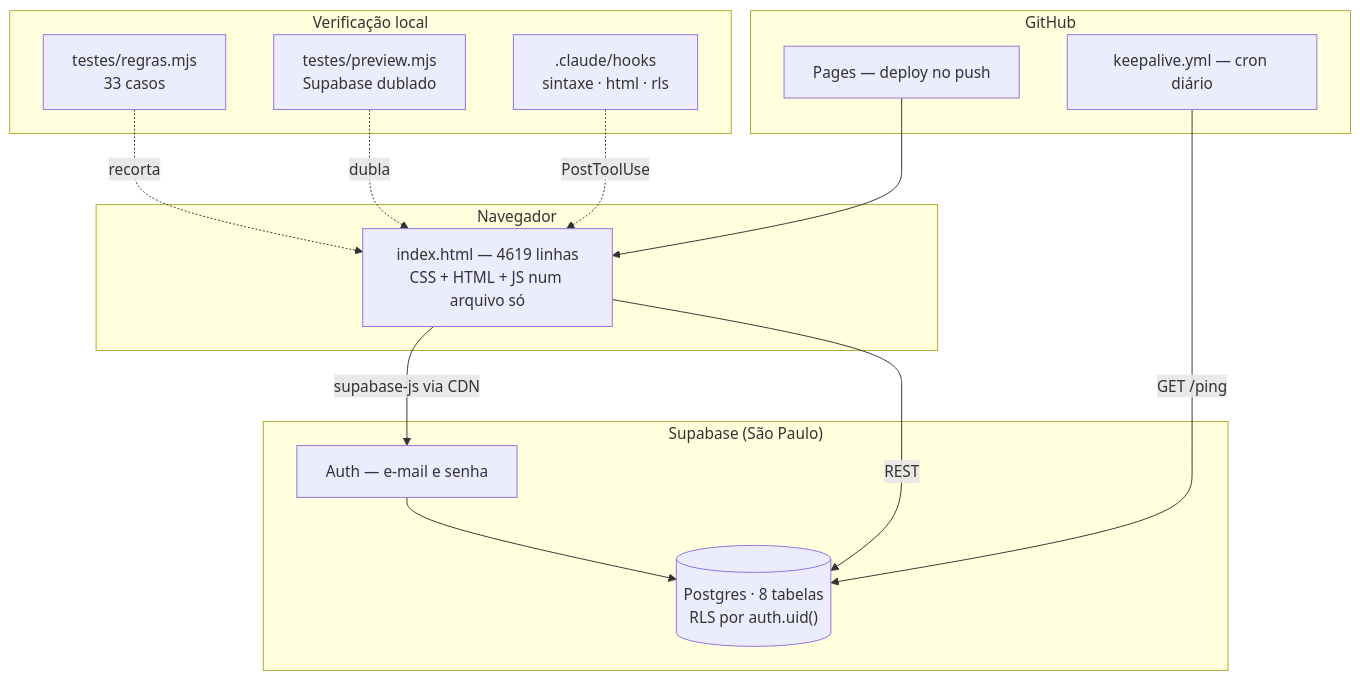
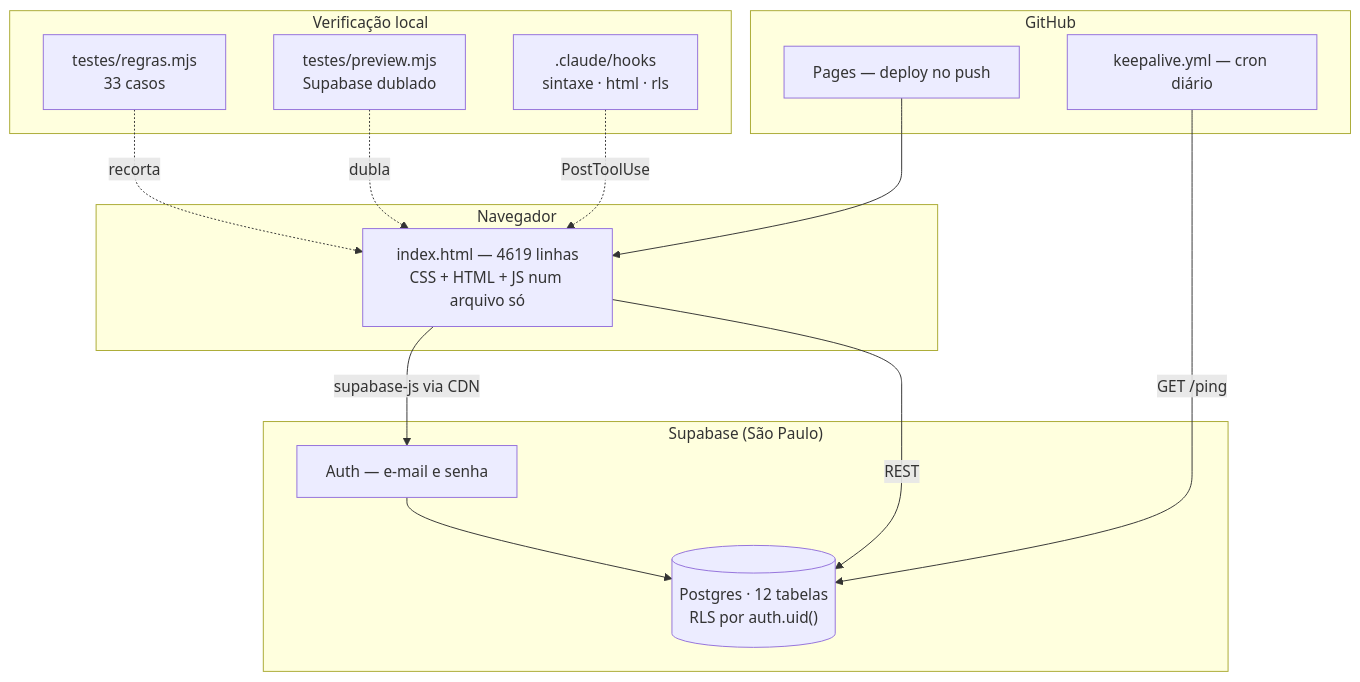
Before and after one commit to oxeramon/lagrimas-do-clt: the first of 2 diagrams in docs/CODEBASE_MAP.md, drawn with Mermaid. The commit also changed other lines of this file and 5 other files, not shown here.

````diff
--- a/docs/CODEBASE_MAP.md
+++ b/docs/CODEBASE_MAP.md
@@ -19,27 +19,27 @@
 ```mermaid
 graph TB
     subgraph Navegador
         HTML["index.html — 4619 linhas<br/>CSS + HTML + JS num arquivo só"]
     end
     subgraph "Supabase (São Paulo)"
         Auth["Auth — e-mail e senha"]
-        PG[("Postgres · 8 tabelas<br/>RLS por auth.uid()")]
+        PG[("Postgres · 12 tabelas<br/>RLS por auth.uid()")]
     end
     subgraph GitHub
         Pages["Pages — deploy no push"]
         Cron["keepalive.yml — cron diário"]
     end
     subgraph "Verificação local"
         Regras["testes/regras.mjs<br/>33 casos"]
         Preview["testes/preview.mjs<br/>Supabase dublado"]
         Hooks[".claude/hooks<br/>sintaxe · html · rls"]
     end
     HTML -->|supabase-js via CDN| Auth
     HTML -->|REST| PG
     Auth --> PG
     Pages --> HTML
     Cron -->|GET /ping| PG
     Regras -.recorta.-> HTML
     Preview -.dubla.-> HTML
     Hooks -.PostToolUse.-> HTML
 ```
````
